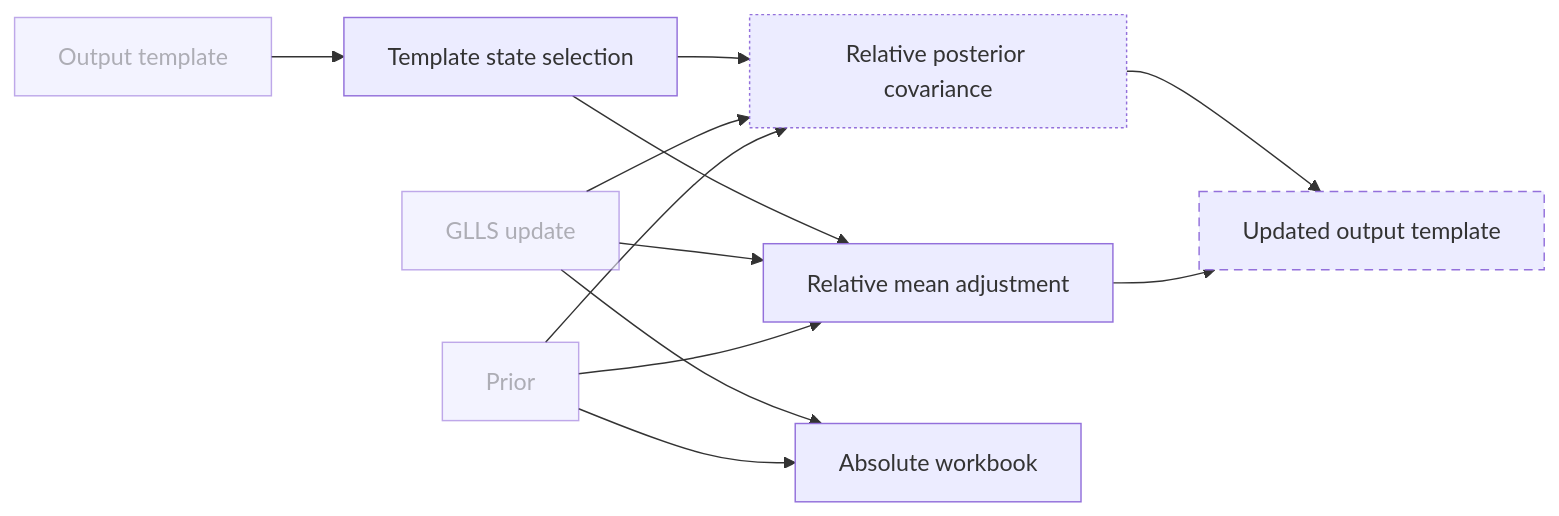
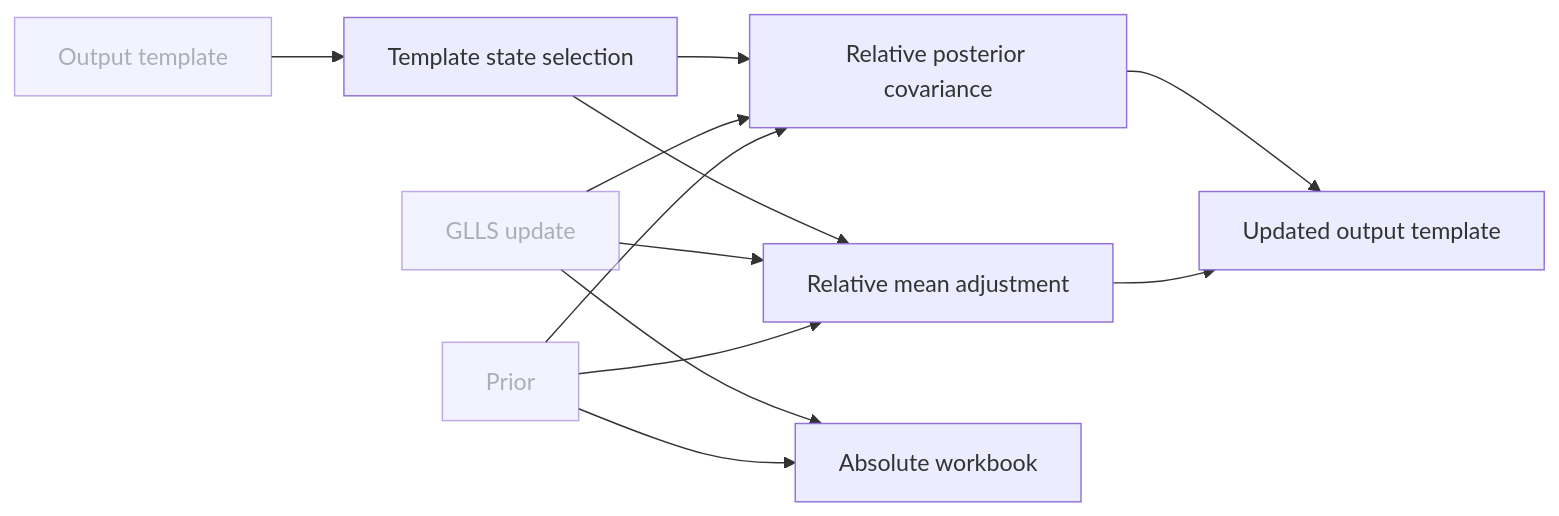
The eighth of 9 diagrams in DBC/CONCEPTS.md (aurja130/WPEC_SG52), drawn with Mermaid before and after one commit. The commit also changed other lines of this file and 22 other files, not shown here.

````diff
--- a/DBC/CONCEPTS.md
+++ b/DBC/CONCEPTS.md
@@ -391,23 +387,19 @@
 ```mermaid
 flowchart LR
   Prior["Prior"]
   Glls["GLLS update"]
   OutputTemplate["Output template"]
   TemplateSelection["Template state selection"]
   RelativeMeanAdjustment["Relative mean adjustment"]
   RelativePosteriorCovariance["Relative posterior covariance"]
   AbsoluteWorkbook["Absolute workbook"]
   UpdatedTemplate["Updated output template"]
   OutputTemplate --> TemplateSelection
   Prior & Glls --> RelativeMeanAdjustment
   Prior & Glls --> RelativePosteriorCovariance
   TemplateSelection --> RelativeMeanAdjustment & RelativePosteriorCovariance
   Prior & Glls --> AbsoluteWorkbook
   RelativeMeanAdjustment & RelativePosteriorCovariance --> UpdatedTemplate
-  classDef planned stroke-dasharray: 6 4
-  classDef partial stroke-dasharray: 2 2
   classDef external opacity: 0.6
-  class RelativePosteriorCovariance partial
-  class UpdatedTemplate planned
   class Prior,Glls,OutputTemplate external
 ```
````
